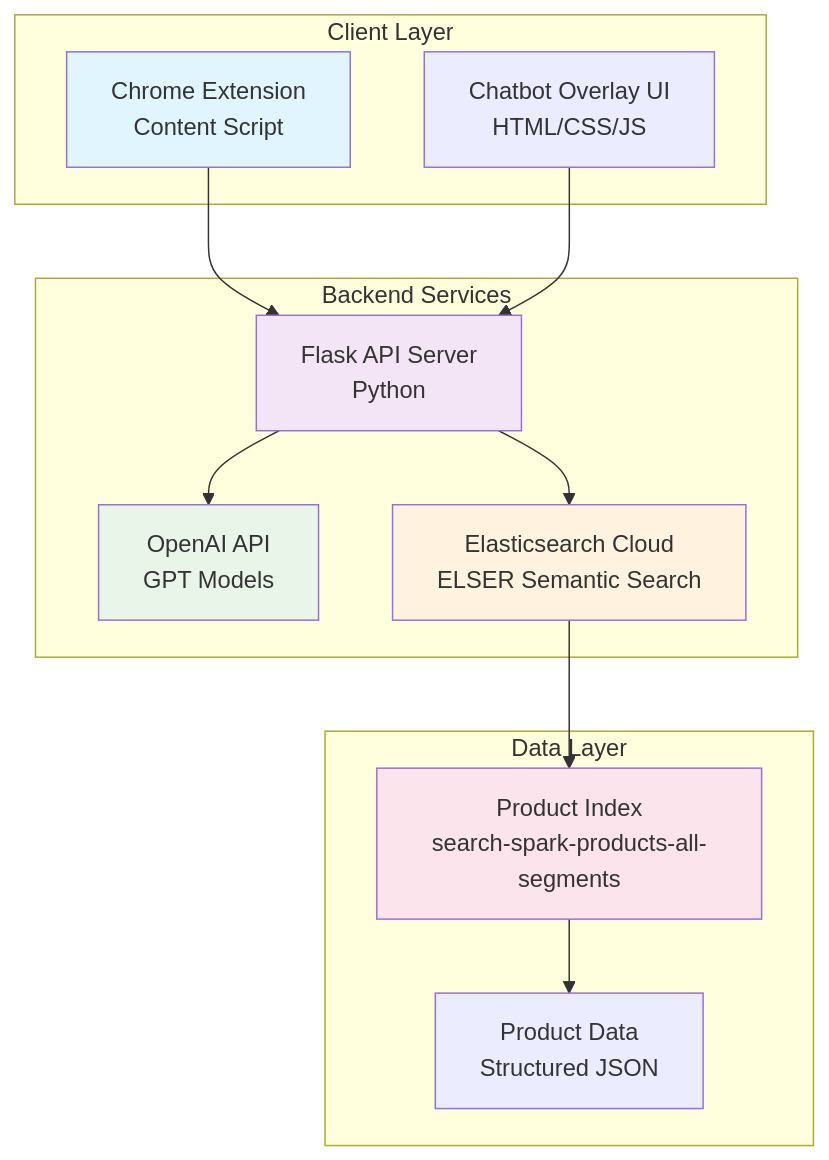
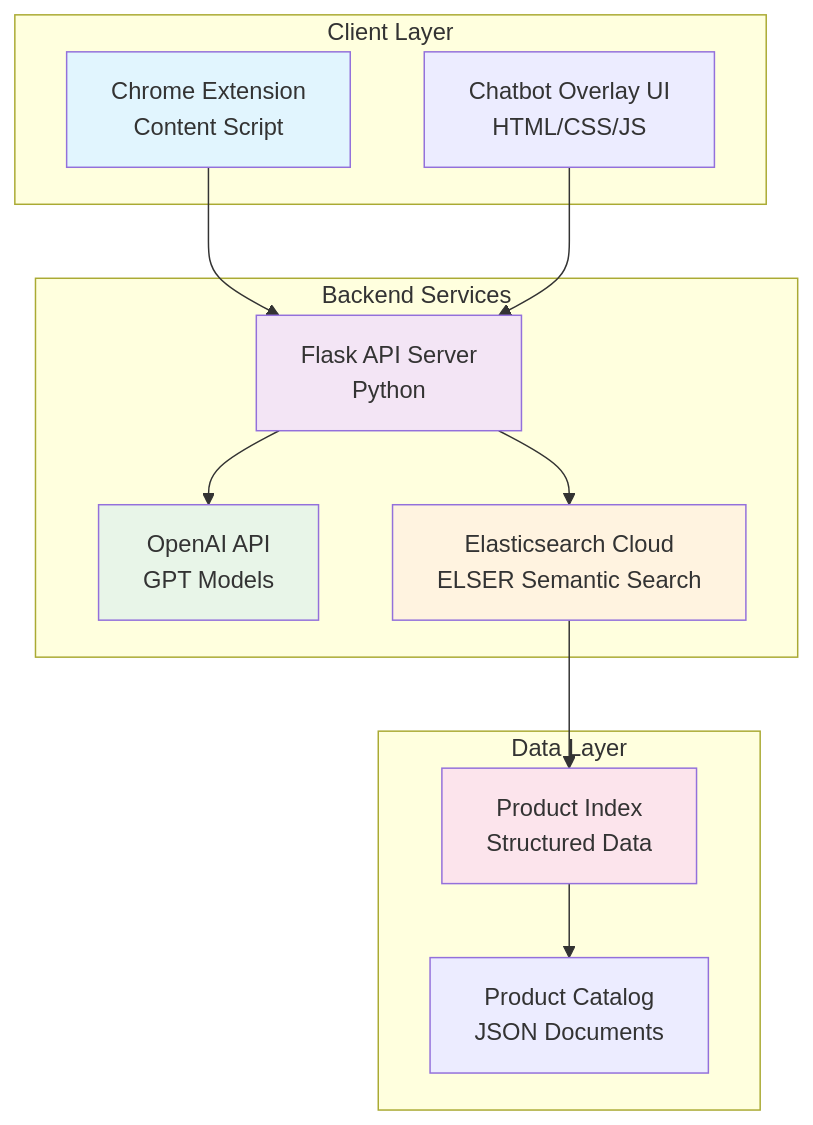
One commit to itsbanjo/elastic-demos changed the first of 9 diagrams in search-ai-chrome-extension/README.md. Above: the diagram before and after it, drawn with Mermaid. The commit also changed other lines of this file, not shown here.

````diff
--- a/search-ai-chrome-extension/README.md
+++ b/search-ai-chrome-extension/README.md
@@ -23,31 +38,31 @@
 ```mermaid
 graph TB
     subgraph "Client Layer"
         CE[Chrome Extension<br/>Content Script]
         UI[Chatbot Overlay UI<br/>HTML/CSS/JS]
     end
     
     subgraph "Backend Services"
         Flask[Flask API Server<br/>Python]
         OpenAI[OpenAI API<br/>GPT Models]
         ES[Elasticsearch Cloud<br/>ELSER Semantic Search]
     end
     
     subgraph "Data Layer"
-        IDX[Product Index<br/>search-spark-products-all-segments]
-        PROD[Product Data<br/>Structured JSON]
+        IDX[Product Index<br/>Structured Data]
+        PROD[Product Catalog<br/>JSON Documents]
     end
     
     CE --> Flask
     UI --> Flask
     Flask --> OpenAI
     Flask --> ES
     ES --> IDX
     IDX --> PROD
     
     style CE fill:#e1f5fe
     style Flask fill:#f3e5f5
     style OpenAI fill:#e8f5e8
     style ES fill:#fff3e0
     style IDX fill:#fce4ec
 ```
````
